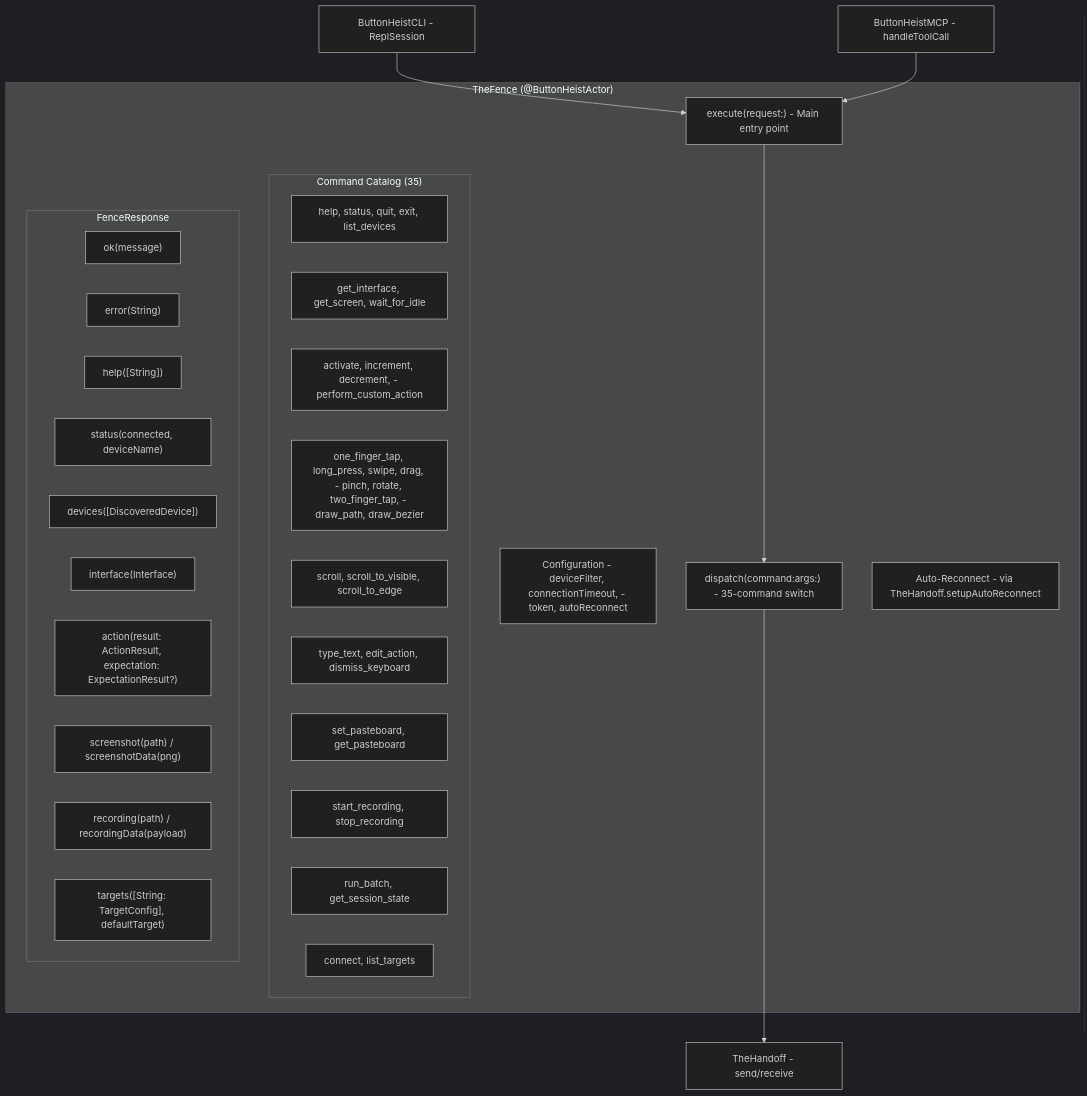
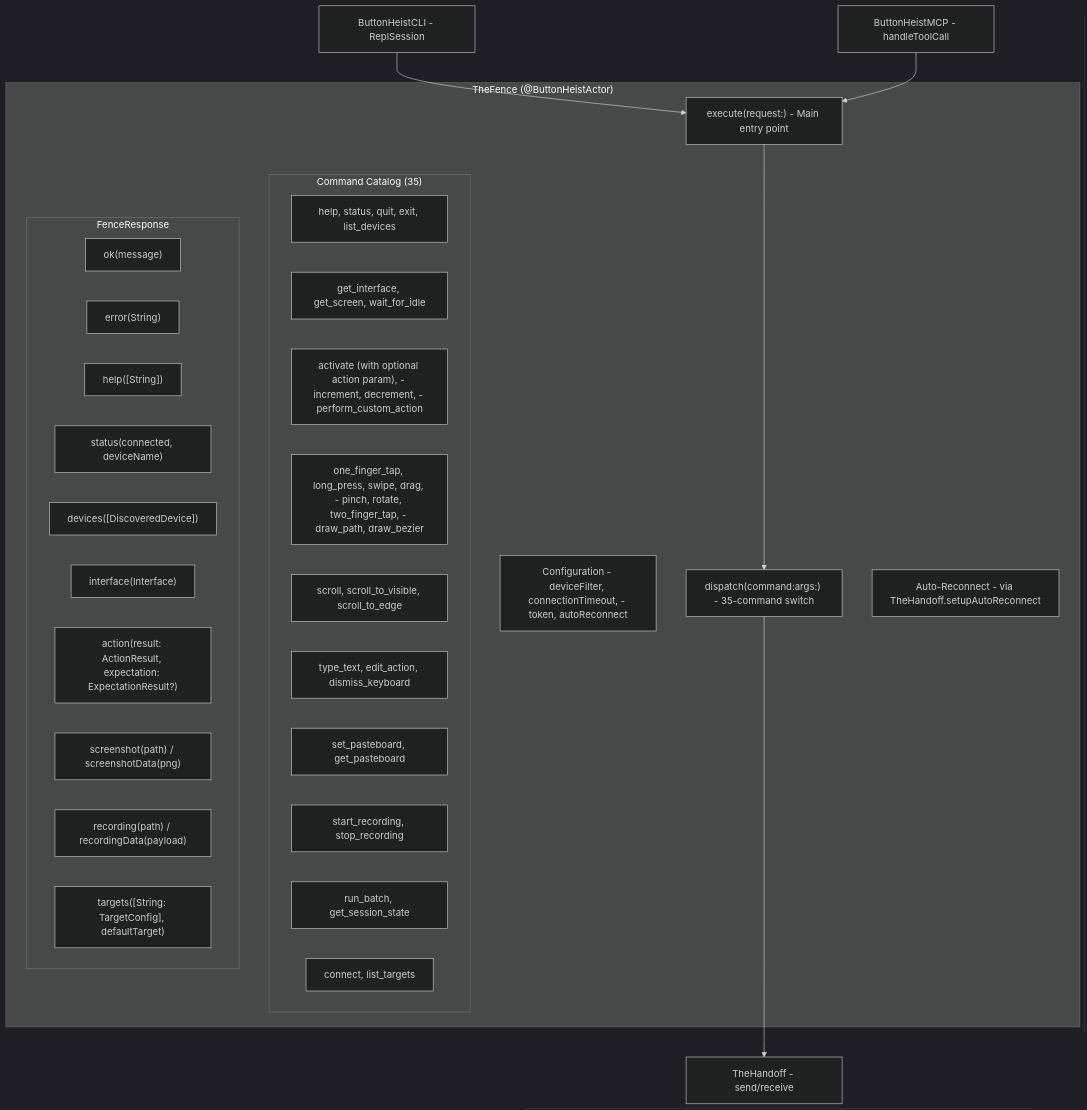
The first of 3 diagrams in docs/dossiers/10-THEFENCE.md (RoyalPineapple/TheButtonHeist), drawn with Mermaid (dark theme) before and after one commit. The commit also changed 19 other files, not shown here.

````diff
--- a/docs/dossiers/10-THEFENCE.md
+++ b/docs/dossiers/10-THEFENCE.md
@@ -25,40 +25,40 @@
 ```mermaid
 graph TD
     subgraph TheFence["TheFence (@ButtonHeistActor)"]
         Config["Configuration - deviceFilter, connectionTimeout, - token, autoReconnect"]
         Execute["execute(request:) - Main entry point"]
         Dispatch["dispatch(command:args:) - 35-command switch"]
         Reconnect["Auto-Reconnect - via TheHandoff.setupAutoReconnect"]
 
         subgraph Commands["Command Catalog (35)"]
             Conn["help, status, quit, exit, list_devices"]
             IF["get_interface, get_screen, wait_for_idle"]
-            Access["activate, increment, decrement, - perform_custom_action"]
+            Access["activate (with optional action param), - increment, decrement, - perform_custom_action"]
             Gesture["one_finger_tap, long_press, swipe, drag, - pinch, rotate, two_finger_tap, - draw_path, draw_bezier"]
             Scroll["scroll, scroll_to_visible, scroll_to_edge"]
             Text["type_text, edit_action, dismiss_keyboard"]
             Pasteboard["set_pasteboard, get_pasteboard"]
             Rec["start_recording, stop_recording"]
             Batch["run_batch, get_session_state"]
             Target["connect, list_targets"]
         end
 
         subgraph Response["FenceResponse"]
             Ok["ok(message)"]
             Err["error(String)"]
             Help["help([String])"]
             Status["status(connected, deviceName)"]
             DevList["devices([DiscoveredDevice])"]
             IFResp["interface(Interface)"]
             Action["action(result: ActionResult, expectation: ExpectationResult?)"]
             Screenshot["screenshot(path) / screenshotData(png)"]
             Recording["recording(path) / recordingData(payload)"]
             Targets["targets([String: TargetConfig], defaultTarget)"]
         end
     end
 
     CLI["ButtonHeistCLI - ReplSession"] --> Execute
     MCP["ButtonHeistMCP - handleToolCall"] --> Execute
     Execute --> Dispatch
     Dispatch --> Client["TheHandoff - send/receive"]
 ```
````
